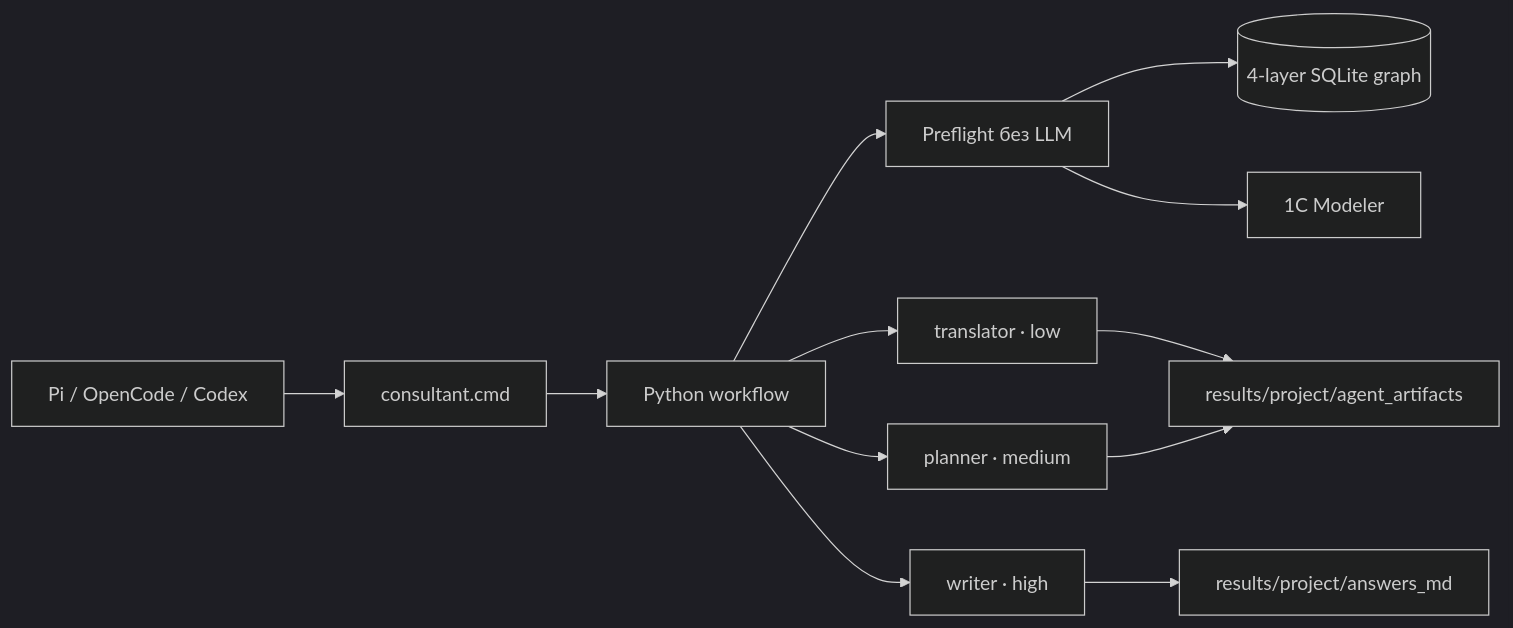
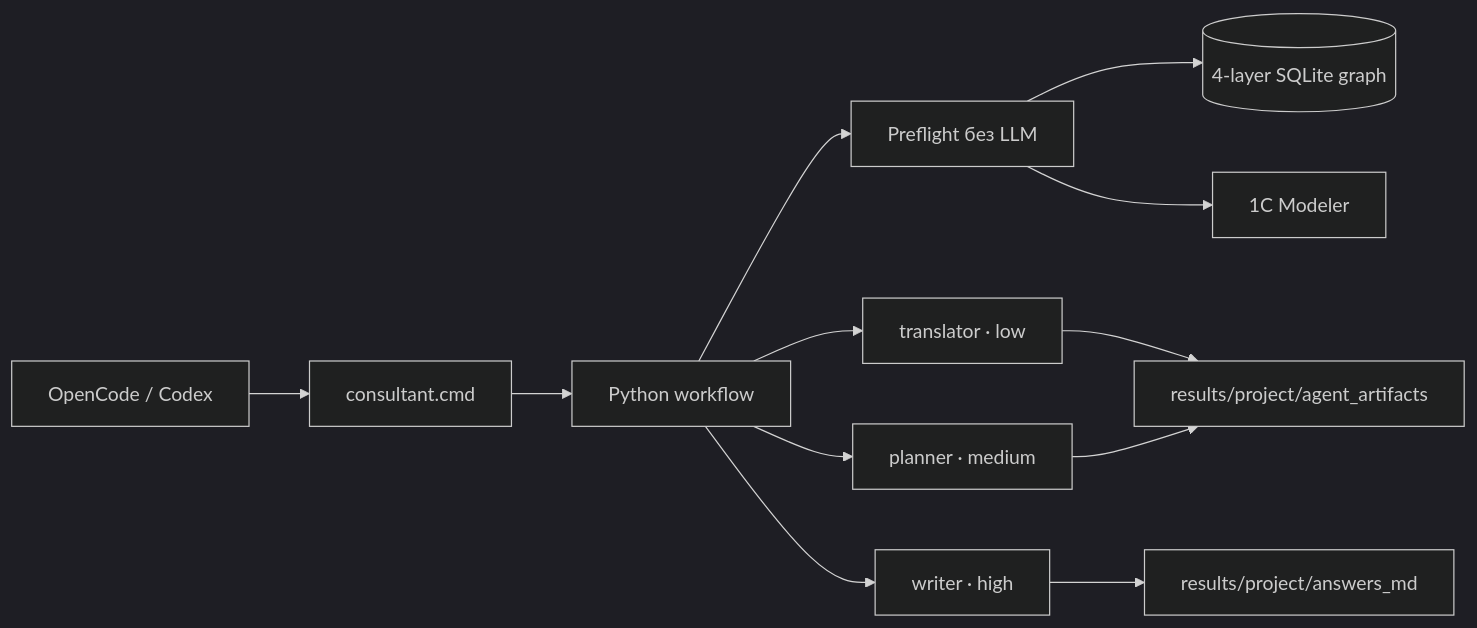
The diagram in docs/architecture-unified.md (ilnurcode/Modelirovanie), drawn with Mermaid (dark theme) before and after one commit. The commit also changed other lines of this file and 34 other files, not shown here.

````diff
--- a/docs/architecture-unified.md
+++ b/docs/architecture-unified.md
@@ -9,14 +9,14 @@
 ```mermaid
 flowchart LR
-    UI[Pi / OpenCode / Codex] --> CLI[consultant.cmd]
+    UI[OpenCode / Codex] --> CLI[consultant.cmd]
     CLI --> WF[Python workflow]
     WF --> PRE[Preflight без LLM]
     PRE --> G[(4-layer SQLite graph)]
     PRE --> M[1C Modeler]
     WF --> T[translator · low]
     WF --> P[planner · medium]
     WF --> W[writer · high]
     T --> A[results/project/agent_artifacts]
     P --> A
     W --> MD[results/project/answers_md]
 ```
````
